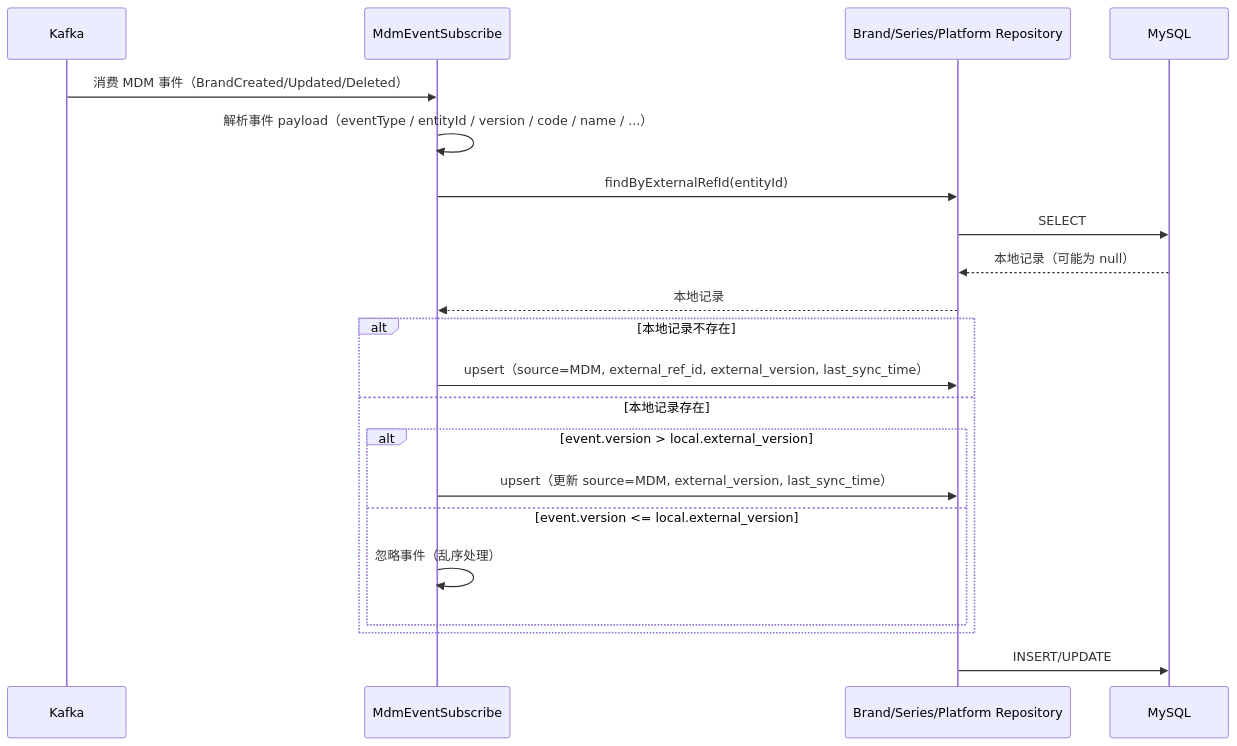
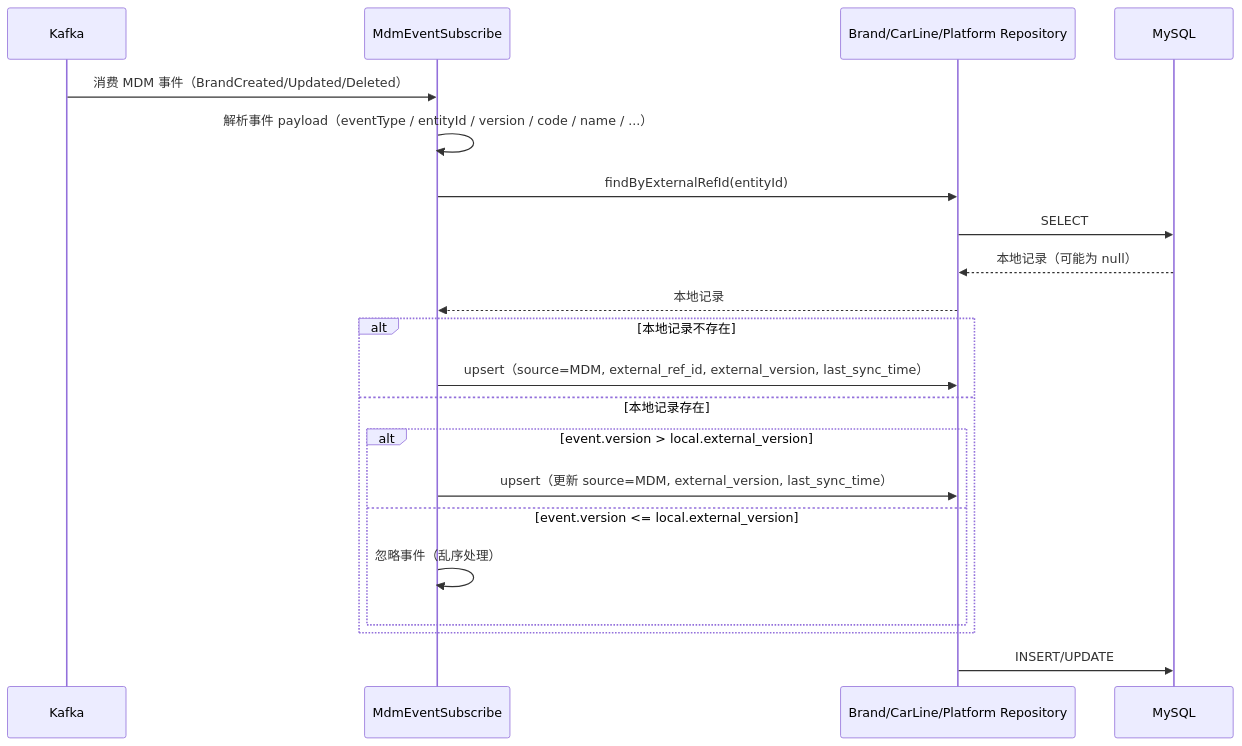
One commit to hwyzleo/iov-cloud-edd-vmd changed the tenth of 11 diagrams in specs/vehicle-master-data-platform/design.md. Above: the diagram before and after it, drawn with Mermaid. The commit also changed other lines of this file and 1 other file, not shown here.

Commit message:
docs: update requirements and design documents for series to carLine refactoring

````diff
--- a/specs/vehicle-master-data-platform/design.md
+++ b/specs/vehicle-master-data-platform/design.md
@@ -443,24 +443,24 @@
 ```mermaid
 sequenceDiagram
     participant K as Kafka
     participant S as MdmEventSubscribe
-    participant R as Brand/Series/Platform Repository
+    participant R as Brand/CarLine/Platform Repository
     participant DB as MySQL
 
     K->>S: 消费 MDM 事件（BrandCreated/Updated/Deleted）
     S->>S: 解析事件 payload（eventType / entityId / version / code / name / ...）
     S->>R: findByExternalRefId(entityId)
     R->>DB: SELECT
     DB-->>R: 本地记录（可能为 null）
     R-->>S: 本地记录
     alt 本地记录不存在
         S->>R: upsert（source=MDM, external_ref_id, external_version, last_sync_time）
     else 本地记录存在
         alt event.version > local.external_version
             S->>R: upsert（更新 source=MDM, external_version, last_sync_time）
         else event.version <= local.external_version
             S->>S: 忽略事件（乱序处理）
         end
     end
     R->>DB: INSERT/UPDATE
 ```
````
